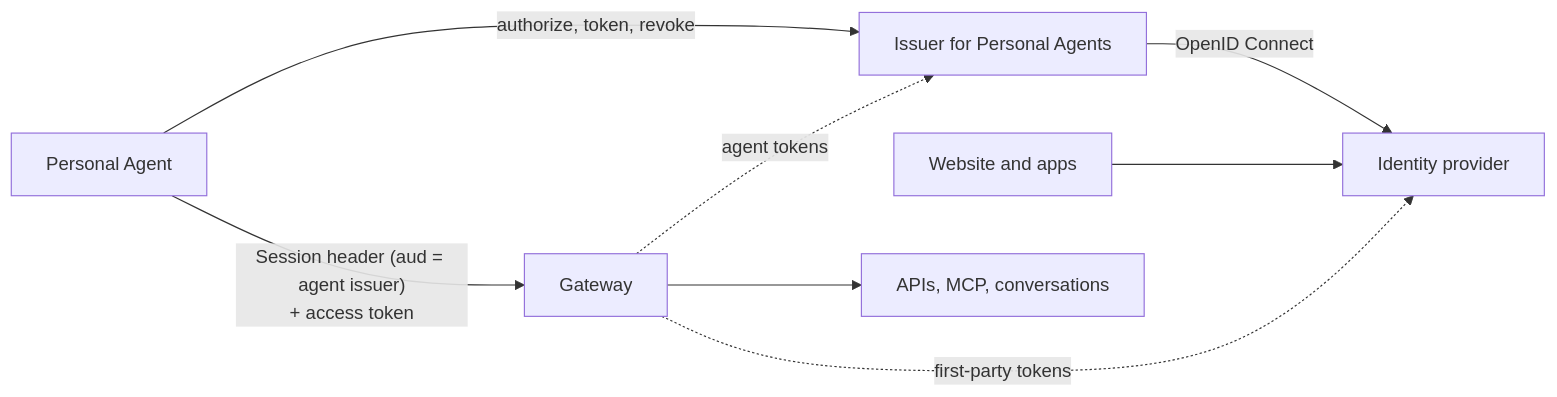
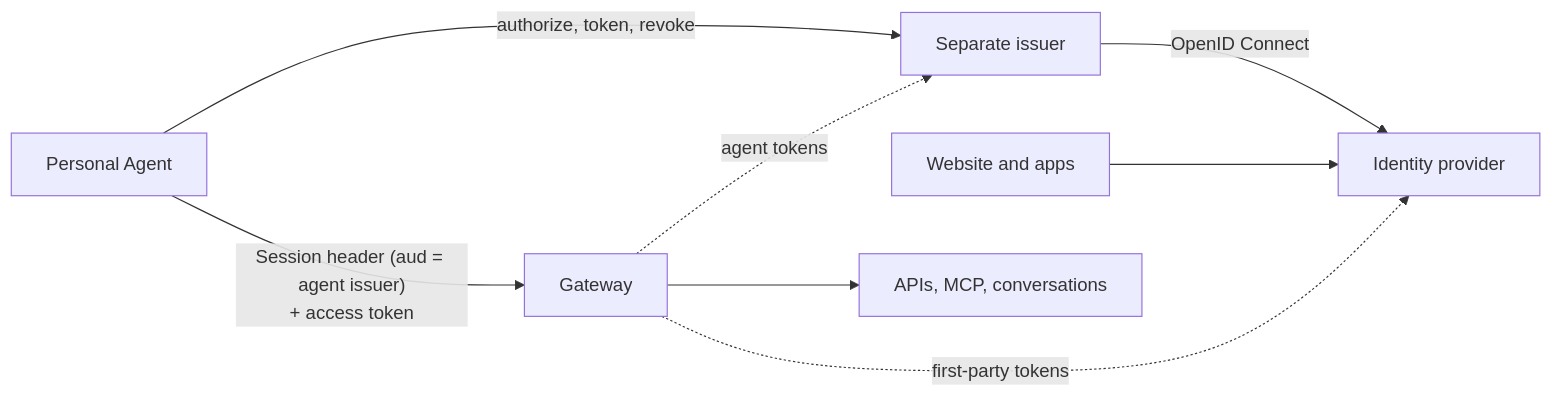
One commit to gaokevin1/personal-agent-protocol changed the third of 8 diagrams in kit/company/patterns/identity-provider.md. Above: the diagram before and after it, drawn with Mermaid. The commit also changed other lines of this file and 5 other files, not shown here.

````diff
--- a/kit/company/patterns/identity-provider.md
+++ b/kit/company/patterns/identity-provider.md
@@ -85,9 +102,9 @@
 ```mermaid
 flowchart LR
-  PA[Personal Agent] -->|"authorize, token, revoke"| AS[Issuer for Personal Agents]
+  PA[Personal Agent] -->|"authorize, token, revoke"| AS[Separate issuer]
   AS -->|OpenID Connect| IdP[Identity provider]
   Apps[Website and apps] --> IdP
   PA -->|"Session header (aud = agent issuer)<br/>+ access token"| GW[Gateway] --> API[APIs, MCP, conversations]
   GW -.->|agent tokens| AS
   GW -.->|first-party tokens| IdP
 ```
````
